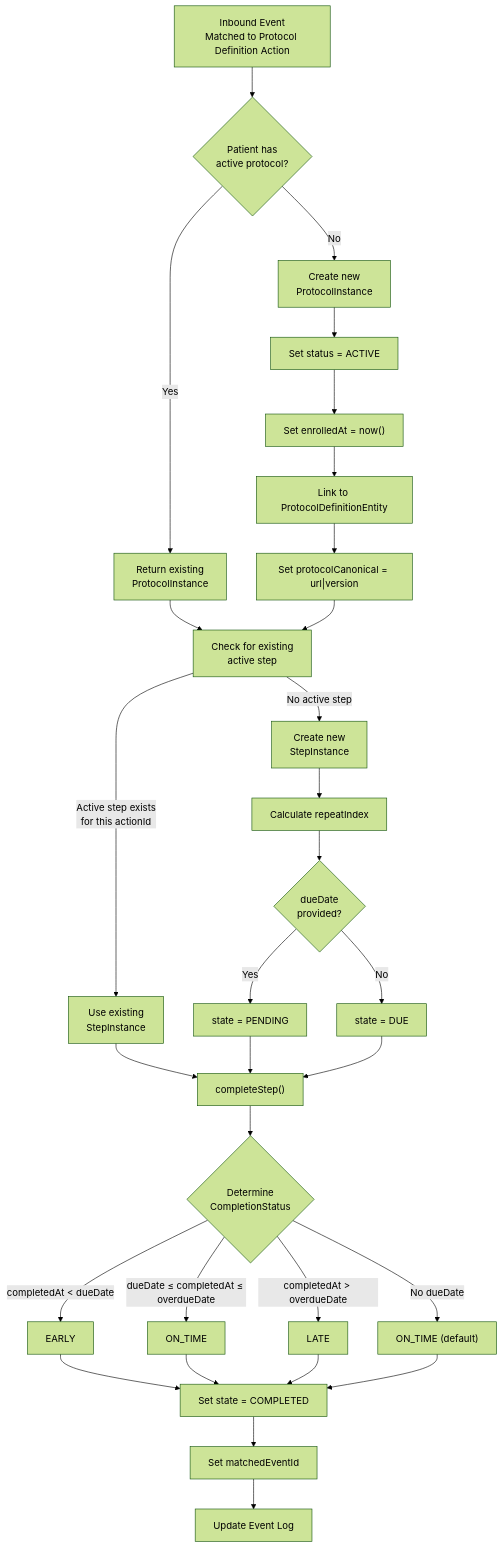
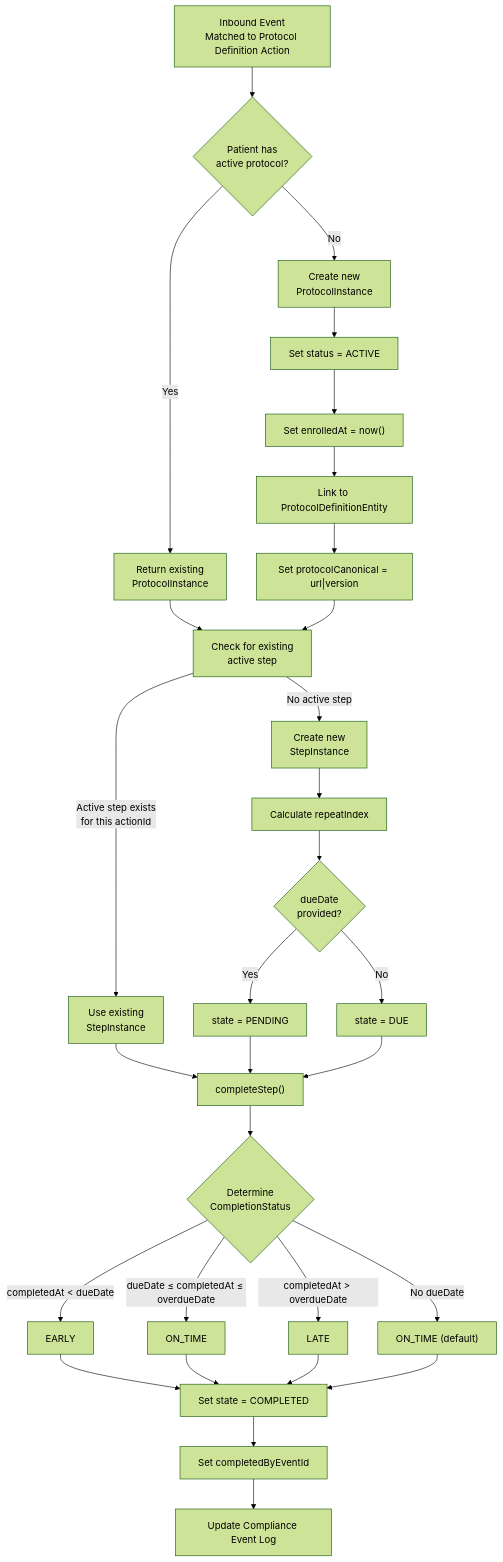
Before and after one commit to Jayaprakash8887/cce-compliance-service: the fourth of 11 diagrams in docs/flow-diagrams.md, drawn with Mermaid (forest theme). The commit also changed other lines of this file and 51 other files, not shown here.

````diff
--- a/docs/flow-diagrams.md
+++ b/docs/flow-diagrams.md
@@ -222,41 +222,41 @@
 ```mermaid
 flowchart TD
     A["Inbound Event<br/>Matched to Protocol Definition Action"] --> B{"Patient has<br/>active protocol?"}
 
     B -->|"Yes"| C["Return existing<br/>ProtocolInstance"]
     B -->|"No"| D["Create new<br/>ProtocolInstance"]
 
     D --> E["Set status = ACTIVE"]
     E --> F["Set enrolledAt = now()"]
     F --> G["Link to ProtocolDefinitionEntity"]
     G --> H["Set protocolCanonical = url|version"]
 
     C --> I["Check for existing<br/>active step"]
     H --> I
 
     I -->|"Active step exists<br/>for this actionId"| J["Use existing<br/>StepInstance"]
     I -->|"No active step"| K["Create new<br/>StepInstance"]
 
     K --> L["Calculate repeatIndex"]
     L --> M{"dueDate<br/>provided?"}
     M -->|"Yes"| N["state = PENDING"]
     M -->|"No"| O["state = DUE"]
 
     J --> P["completeStep()"]
     N --> P
     O --> P
 
     P --> Q{"Determine<br/>CompletionStatus"}
     Q -->|"completedAt < dueDate"| R["EARLY"]
     Q -->|"dueDate ≤ completedAt ≤ overdueDate"| S["ON_TIME"]
     Q -->|"completedAt > overdueDate"| T["LATE"]
     Q -->|"No dueDate"| U["ON_TIME (default)"]
 
     R --> V["Set state = COMPLETED"]
     S --> V
     T --> V
     U --> V
 
-    V --> W["Set matchedEventId"]
-    W --> X["Update Event Log"]
+    V --> W["Set completedByEventId"]
+    W --> X["Update Compliance Event Log"]
 ```
````
